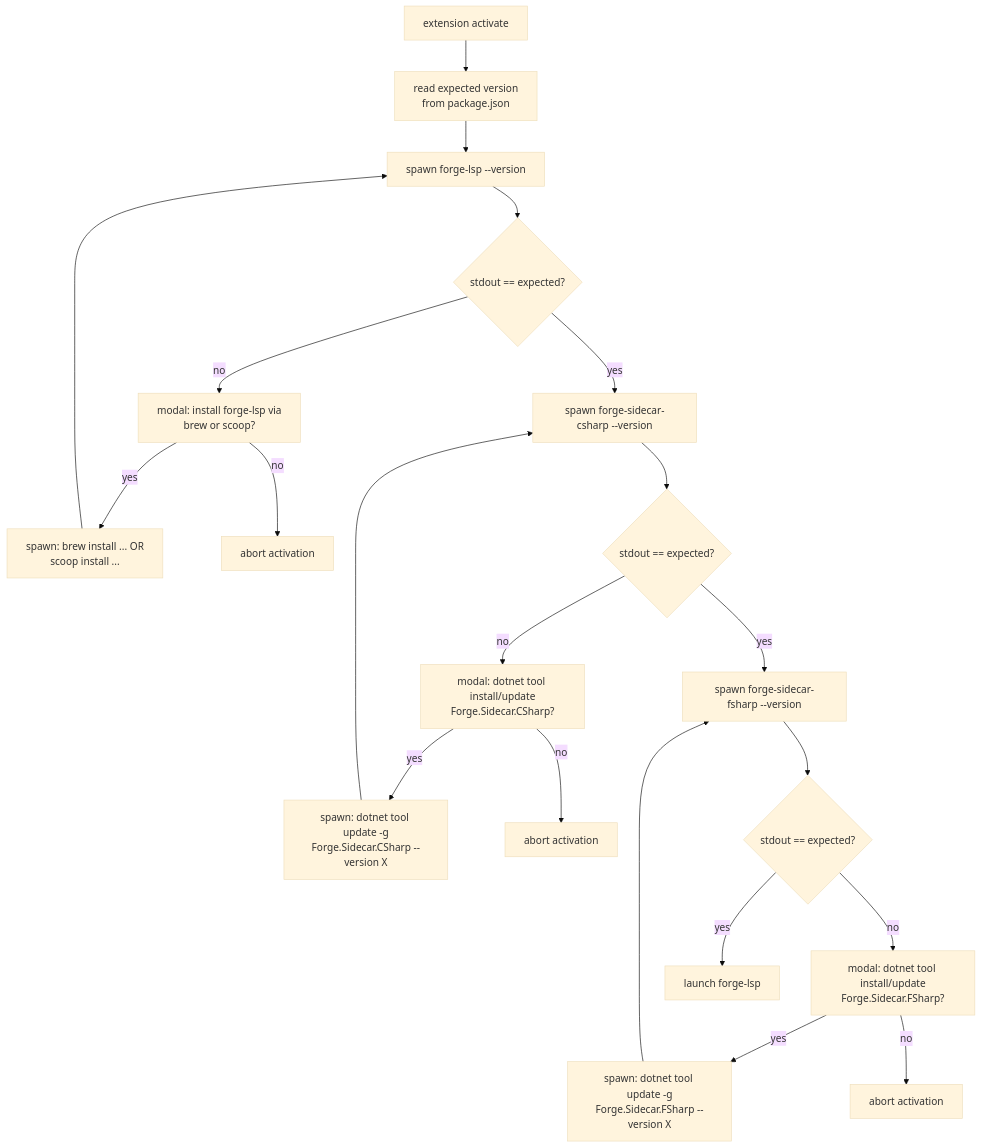
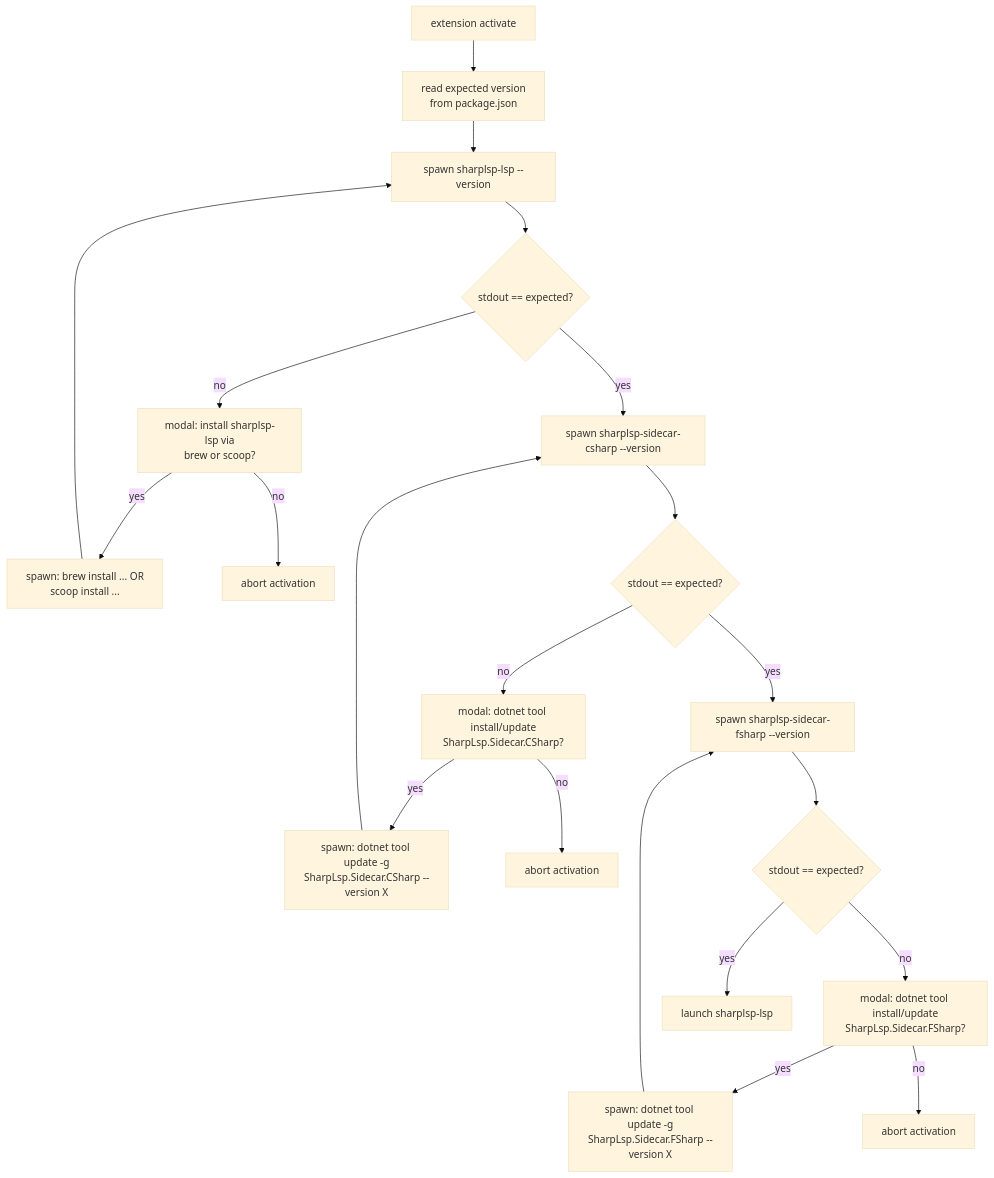
One commit to Nimblesite/SharpLsp changed the second of 2 diagrams in docs/specs/BINARY-DEPLOYMENT.md. Above: the diagram before and after it, drawn with Mermaid (base theme). The commit also changed other lines of this file and 279 other files, not shown here.

````diff
--- a/docs/specs/BINARY-DEPLOYMENT.md
+++ b/docs/specs/BINARY-DEPLOYMENT.md
@@ -55,23 +55,23 @@
 ```mermaid
 flowchart TD
     Activate[extension activate] --> Expected["read expected version<br/>from package.json"]
-    Expected --> CheckLSP["spawn forge-lsp --version"]
+    Expected --> CheckLSP["spawn sharplsp-lsp --version"]
     CheckLSP --> LSPok{stdout == expected?}
-    LSPok -- no --> PromptLSP["modal: install forge-lsp via<br/>brew or scoop?"]
+    LSPok -- no --> PromptLSP["modal: install sharplsp-lsp via<br/>brew or scoop?"]
     PromptLSP -- yes --> RunPM1["spawn: brew install ... OR<br/>scoop install ..."]
     PromptLSP -- no --> Abort1[abort activation]
     RunPM1 --> CheckLSP
-    LSPok -- yes --> CheckCS["spawn forge-sidecar-csharp --version"]
+    LSPok -- yes --> CheckCS["spawn sharplsp-sidecar-csharp --version"]
     CheckCS --> CSok{stdout == expected?}
-    CSok -- no --> PromptCS["modal: dotnet tool install/update<br/>Forge.Sidecar.CSharp?"]
-    PromptCS -- yes --> RunPM2["spawn: dotnet tool update -g<br/>Forge.Sidecar.CSharp --version X"]
+    CSok -- no --> PromptCS["modal: dotnet tool install/update<br/>SharpLsp.Sidecar.CSharp?"]
+    PromptCS -- yes --> RunPM2["spawn: dotnet tool update -g<br/>SharpLsp.Sidecar.CSharp --version X"]
     PromptCS -- no --> Abort2[abort activation]
     RunPM2 --> CheckCS
-    CSok -- yes --> CheckFS["spawn forge-sidecar-fsharp --version"]
+    CSok -- yes --> CheckFS["spawn sharplsp-sidecar-fsharp --version"]
     CheckFS --> FSok{stdout == expected?}
-    FSok -- no --> PromptFS["modal: dotnet tool install/update<br/>Forge.Sidecar.FSharp?"]
-    PromptFS -- yes --> RunPM3["spawn: dotnet tool update -g<br/>Forge.Sidecar.FSharp --version X"]
+    FSok -- no --> PromptFS["modal: dotnet tool install/update<br/>SharpLsp.Sidecar.FSharp?"]
+    PromptFS -- yes --> RunPM3["spawn: dotnet tool update -g<br/>SharpLsp.Sidecar.FSharp --version X"]
     PromptFS -- no --> Abort3[abort activation]
     RunPM3 --> CheckFS
-    FSok -- yes --> Launch[launch forge-lsp]
+    FSok -- yes --> Launch[launch sharplsp-lsp]
 ```
````
